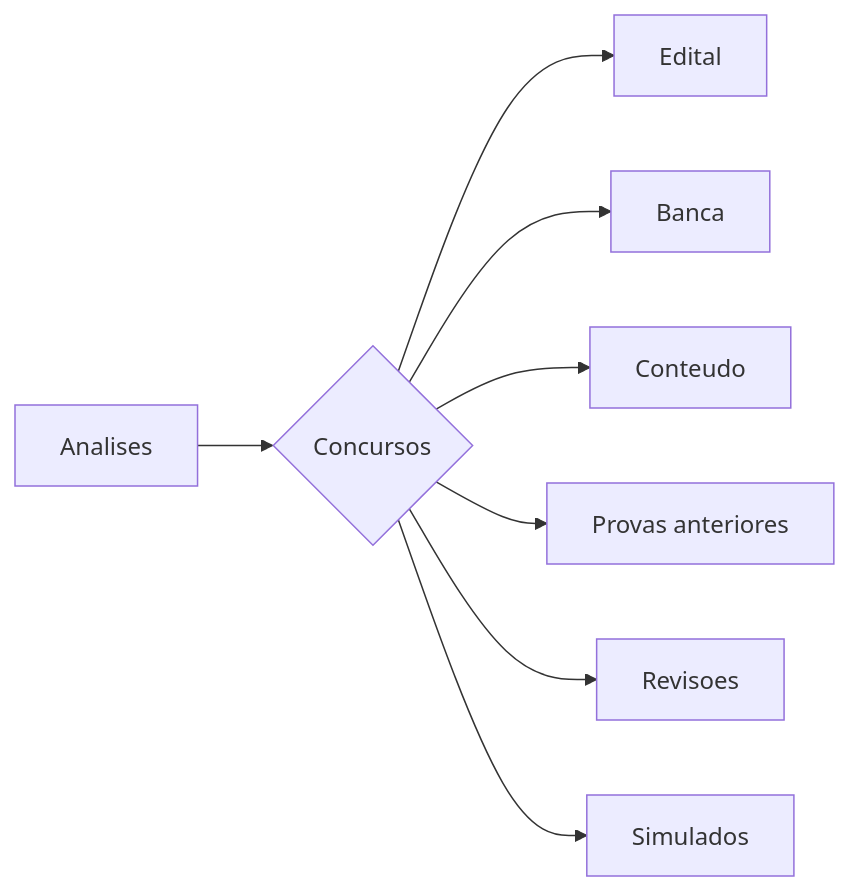
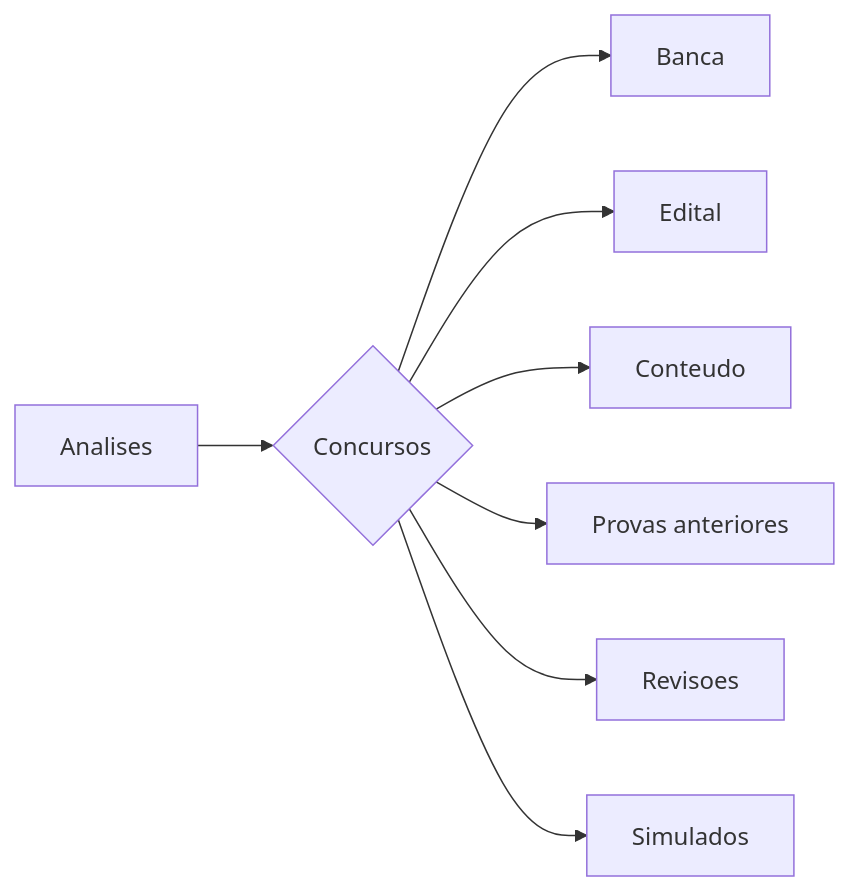
One commit to SauloCandeira/concursos changed the diagram in readme.md. Above: the diagram before and after it, drawn with Mermaid. The commit also changed other lines of this file, not shown here.

````diff
--- a/readme.md
+++ b/readme.md
@@ -24,14 +22,14 @@
 ```mermaid
 flowchart LR
 
 B[Analises]
 
 B --> C{Concursos}
-C --> J[Edital]
-C --> K[Banca]
+C --> J[Banca]
+C --> K[Edital]
 C --> L[Conteudo]
 C --> O[Provas anteriores]
 C --> M[Revisoes]
 C --> N[Simulados]
 
 ```
````
